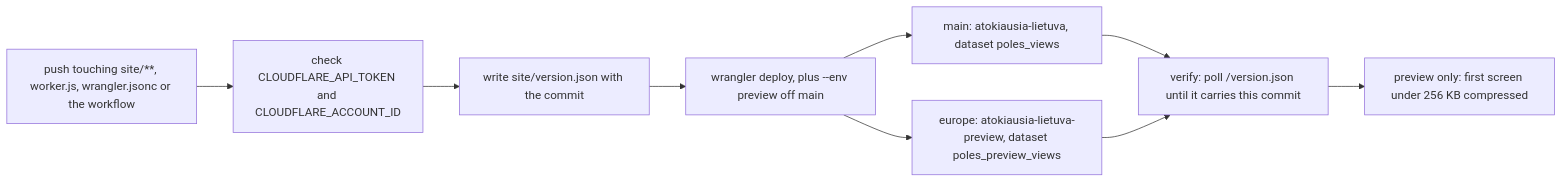
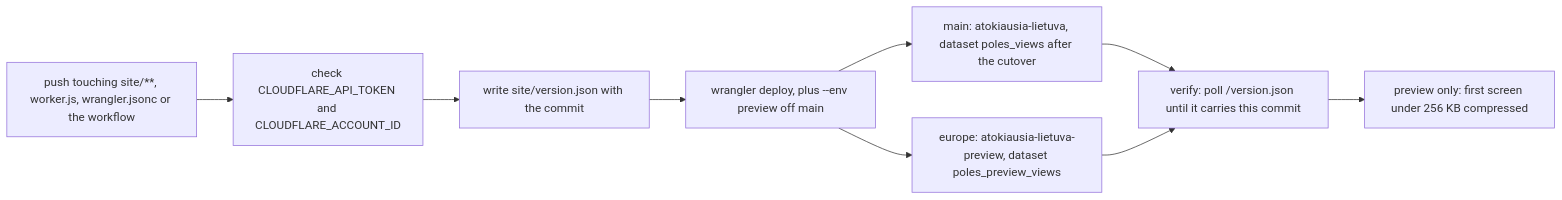
The second of 4 diagrams in docs/diagrams/03-deploy.md (donataskasp/poles-of-remoteness), drawn with Mermaid before and after one commit. The commit also changed other lines of this file and 6 other files, not shown here.

Commit message:
docs: doc pins run against the checkout in CI, site data flow and pipeline tables corrected (#42)

````diff
--- a/docs/diagrams/03-deploy.md
+++ b/docs/diagrams/03-deploy.md
@@ -21,11 +21,11 @@
 ```mermaid
 flowchart LR
     push["push touching site/**, worker.js, wrangler.jsonc or the workflow"] --> creds["check CLOUDFLARE_API_TOKEN and CLOUDFLARE_ACCOUNT_ID"]
     creds --> stamp["write site/version.json with the commit"]
     stamp --> deploy["wrangler deploy, plus --env preview off main"]
-    deploy --> prod["main: atokiausia-lietuva, dataset poles_views"]
+    deploy --> prod["main: atokiausia-lietuva, dataset poles_views after the cutover"]
     deploy --> prev["europe: atokiausia-lietuva-preview, dataset poles_preview_views"]
     prod --> ver["verify: poll /version.json until it carries this commit"]
     prev --> ver
     ver --> budget["preview only: first screen under 256 KB compressed"]
 ```
````
